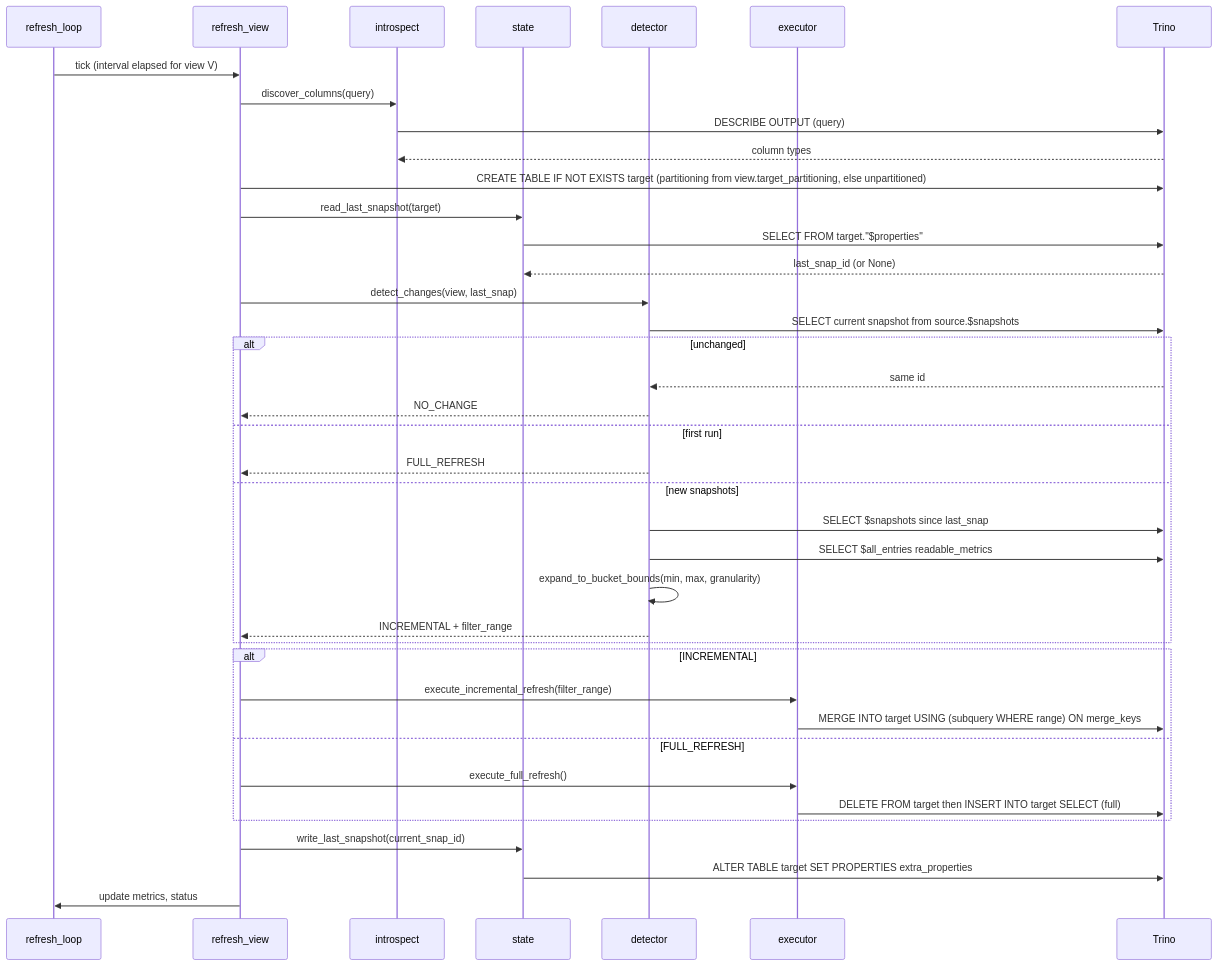
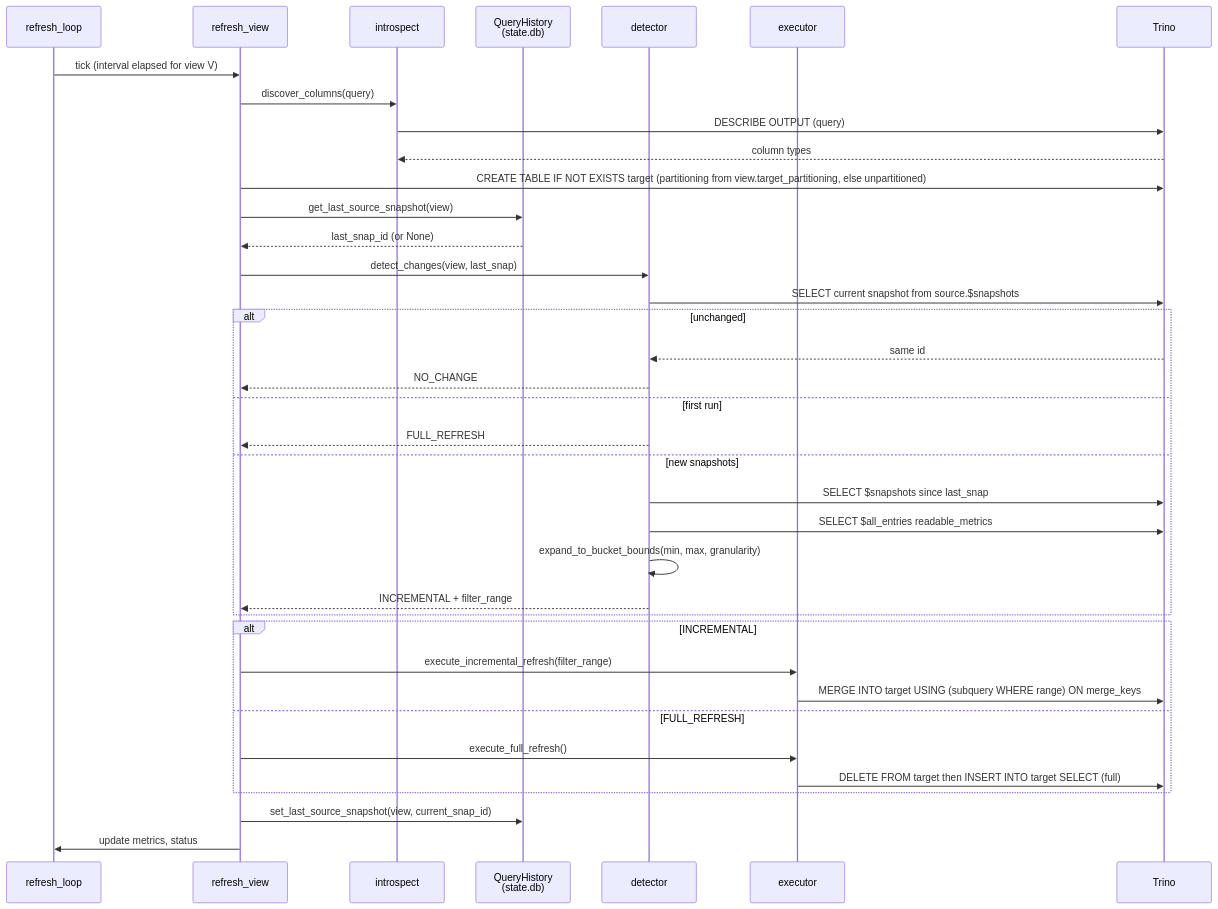
One commit to jonasbrami/iceberg-ivm changed the fourth of 11 diagrams in LEARNING_GUIDE.md. Above: the diagram before and after it, drawn with Mermaid. The commit also changed other lines of this file and 15 other files, not shown here.

First line of the commit message:
refactor: move source-snapshot bookmark from Iceberg properties to SQLite

````diff
--- a/LEARNING_GUIDE.md
+++ b/LEARNING_GUIDE.md
@@ -89,46 +88,44 @@
 ```mermaid
 sequenceDiagram
     participant L as refresh_loop
     participant R as refresh_view
     participant I as introspect
-    participant ST as state
+    participant H as QueryHistory<br/>(state.db)
     participant D as detector
     participant E as executor
     participant T as Trino
 
     L->>R: tick (interval elapsed for view V)
     R->>I: discover_columns(query)
     I->>T: DESCRIBE OUTPUT (query)
     T-->>I: column types
     R->>T: CREATE TABLE IF NOT EXISTS target (partitioning from view.target_partitioning, else unpartitioned)
 
-    R->>ST: read_last_snapshot(target)
-    ST->>T: SELECT FROM target."$properties"
-    T-->>ST: last_snap_id (or None)
+    R->>H: get_last_source_snapshot(view)
+    H-->>R: last_snap_id (or None)
 
     R->>D: detect_changes(view, last_snap)
     D->>T: SELECT current snapshot from source.$snapshots
     alt unchanged
         T-->>D: same id
         D-->>R: NO_CHANGE
     else first run
         D-->>R: FULL_REFRESH
     else new snapshots
         D->>T: SELECT $snapshots since last_snap
         D->>T: SELECT $all_entries readable_metrics
         D->>D: expand_to_bucket_bounds(min, max, granularity)
         D-->>R: INCREMENTAL + filter_range
     end
 
     alt INCREMENTAL
         R->>E: execute_incremental_refresh(filter_range)
         E->>T: MERGE INTO target USING (subquery WHERE range) ON merge_keys
     else FULL_REFRESH
         R->>E: execute_full_refresh()
         E->>T: DELETE FROM target then INSERT INTO target SELECT (full)
     end
 
-    R->>ST: write_last_snapshot(current_snap_id)
-    ST->>T: ALTER TABLE target SET PROPERTIES extra_properties
+    R->>H: set_last_source_snapshot(view, current_snap_id)
     R->>L: update metrics, status
 ```
````
